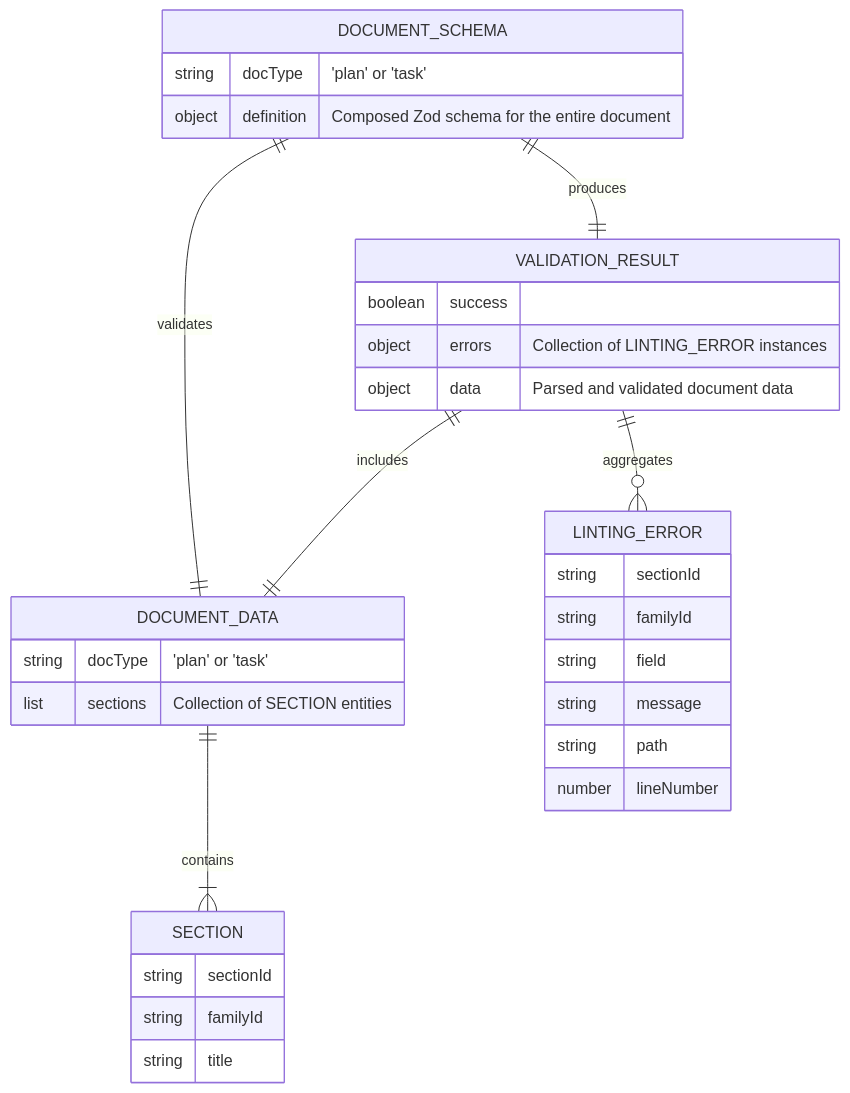
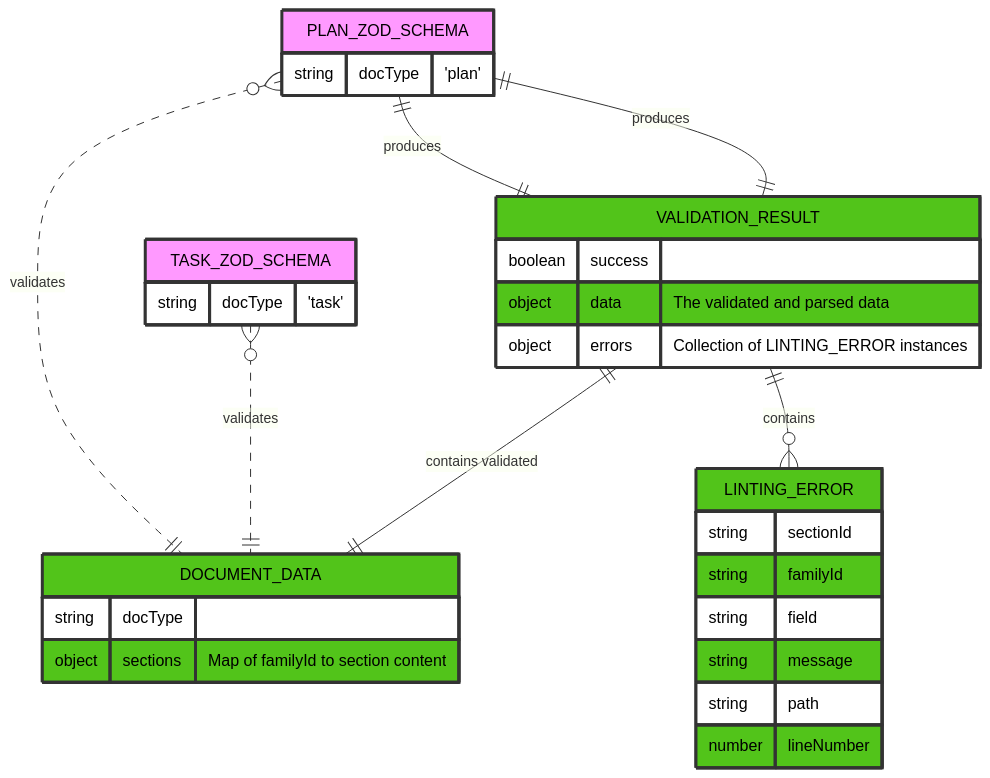
The first of 4 diagrams in docs/requirements/p1-p6.t34-schema-provider.task.md (livelifelively/documentation-driven-development-tools), drawn with Mermaid before and after one commit. The commit also changed other lines of this file and 2 other files, not shown here.

````diff
--- a/docs/requirements/p1-p6.t34-schema-provider.task.md
+++ b/docs/requirements/p1-p6.t34-schema-provider.task.md
@@ -63,39 +63,41 @@
 ```mermaid
 erDiagram
-    DOCUMENT_SCHEMA {
-        string docType "'plan' or 'task'"
-        object definition "Composed Zod schema for the entire document"
+    DOCUMENT_DATA {
+        string docType
+        object sections "Map of familyId to section content"
+    }
+    VALIDATION_RESULT {
+        boolean success
+        object data "The validated and parsed data"
+        object errors "Collection of LINTING_ERROR instances"
+    }
+    LINTING_ERROR {
+        string sectionId
+        string familyId
+        string field
+        string message
+        string path
+        number lineNumber
+    }
+    PLAN_ZOD_SCHEMA {
+        string docType "'plan'"
+    }
+    TASK_ZOD_SCHEMA {
+        string docType "'task'"
     }
 
-    DOCUMENT_DATA {
-      string docType "'plan' or 'task'"
-      list sections "Collection of SECTION entities"
-    }
 
-    SECTION {
-      string sectionId
-      string familyId
-      string title
-    }
+    PLAN_ZOD_SCHEMA }o..|| DOCUMENT_DATA : "validates"
+    TASK_ZOD_SCHEMA }o..|| DOCUMENT_DATA : "validates"
+    PLAN_ZOD_SCHEMA ||--|| VALIDATION_RESULT :  "produces"
+    PLAN_ZOD_SCHEMA ||--|| VALIDATION_RESULT:  "produces"
+    VALIDATION_RESULT ||--o{ LINTING_ERROR : "contains"
+    VALIDATION_RESULT ||--|| DOCUMENT_DATA : "contains validated"
 
-    VALIDATION_RESULT {
-        boolean success
-        object errors "Collection of LINTING_ERROR instances"
-        object data "Parsed and validated document data"
-    }
+    classDef schemas fill:#f9f,stroke:#333,stroke-width:3px, color: #000;
+    classDef runtime fill:#722ed1,stroke:#333,stroke-width:3px, color: #000;
+    classDef contracts fill:#52c41a,stroke:#333,stroke-width:3px, color: #000;
 
-    LINTING_ERROR {
-      string sectionId
-      string familyId
-      string field
-      string message
-      string path
-      number lineNumber
-    }
-
-    DOCUMENT_DATA ||--|{ SECTION : "contains"
-    DOCUMENT_SCHEMA ||--|| DOCUMENT_DATA : "validates"
-    DOCUMENT_SCHEMA ||--|| VALIDATION_RESULT : "produces"
-    VALIDATION_RESULT ||--o{ LINTING_ERROR : "aggregates"
-    VALIDATION_RESULT ||--|| DOCUMENT_DATA : "includes"
+    class PLAN_ZOD_SCHEMA,TASK_ZOD_SCHEMA schemas
+    class DOCUMENT_DATA, VALIDATION_RESULT, LINTING_ERROR contracts
 ```
````
